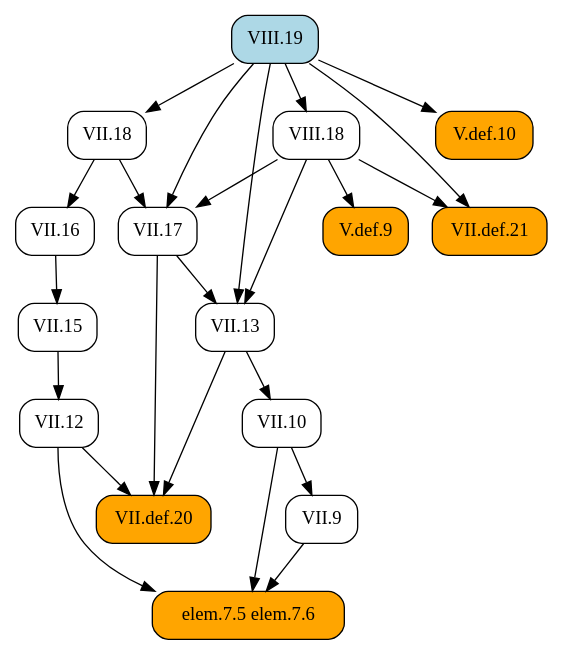
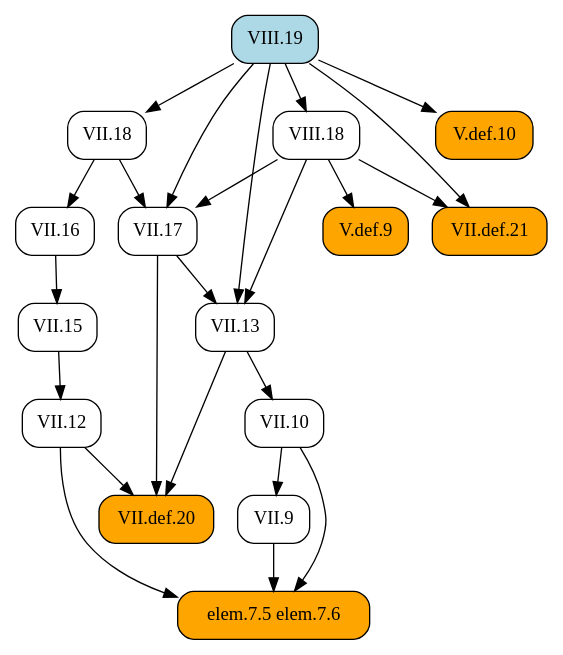
One commit to geometor/elements changed the diagram in docsrc/heath/VIII/19/index.rst. Above: the diagram before and after it, drawn with Graphviz. The commit also changed other lines of this file and 484 other files, not shown here.

```diff
--- a/docsrc/heath/VIII/19/index.rst
+++ b/docsrc/heath/VIII/19/index.rst
@@ -98,44 +98,44 @@
 .. graphviz::
 
    digraph {
      rankdir="TB";
      node [shape=box, style=rounded];
+     "VII.13" [URL="/heath/VII/13/", target="_top"];
+     "VIII.18" [URL="/heath/VIII/18/", target="_top"];
+     "VII.12" [URL="/heath/VII/12/", target="_top"];
      "elem.7.5 elem.7.6" [style="rounded,filled", fillcolor=orange];
+     "VII.9" [URL="/heath/VII/9/", target="_top"];
      "V.def.9" [style="rounded,filled", fillcolor=orange, URL="/heath/V/def.9/", target="_top"];
+     "VII.18" [URL="/heath/VII/18/", target="_top"];
+     "VII.def.20" [style="rounded,filled", fillcolor=orange, URL="/heath/VII/def.20/", target="_top"];
+     "VII.16" [URL="/heath/VII/16/", target="_top"];
+     "VIII.19" [style="rounded,filled", fillcolor=lightblue, URL="/heath/VIII/19/", target="_top"];
+     "VII.17" [URL="/heath/VII/17/", target="_top"];
      "VII.def.21" [style="rounded,filled", fillcolor=orange, URL="/heath/VII/def.21/", target="_top"];
-     "VIII.18" [URL="/heath/VIII/18/", target="_top"];
+     "V.def.10" [style="rounded,filled", fillcolor=orange, URL="/heath/V/def.10/", target="_top"];
+     "VII.15" [URL="/heath/VII/15/", target="_top"];
      "VII.10" [URL="/heath/VII/10/", target="_top"];
-     "VIII.19" [style="rounded,filled", fillcolor=lightblue, URL="/heath/VIII/19/", target="_top"];
-     "V.def.10" [style="rounded,filled", fillcolor=orange, URL="/heath/V/def.10/", target="_top"];
-     "VII.9" [URL="/heath/VII/9/", target="_top"];
-     "VII.18" [URL="/heath/VII/18/", target="_top"];
-     "VII.13" [URL="/heath/VII/13/", target="_top"];
-     "VII.16" [URL="/heath/VII/16/", target="_top"];
-     "VII.12" [URL="/heath/VII/12/", target="_top"];
-     "VII.15" [URL="/heath/VII/15/", target="_top"];
-     "VII.def.20" [style="rounded,filled", fillcolor=orange, URL="/heath/VII/def.20/", target="_top"];
-     "VII.17" [URL="/heath/VII/17/", target="_top"];
+     "VII.17" -> "VII.13";
+     "VIII.18" -> "VII.13";
+     "VIII.19" -> "VII.13";
+     "VIII.19" -> "VIII.18";
+     "VII.15" -> "VII.12";
      "VII.9" -> "elem.7.5 elem.7.6";
      "VII.10" -> "elem.7.5 elem.7.6";
      "VII.12" -> "elem.7.5 elem.7.6";
+     "VII.10" -> "VII.9";
      "VIII.18" -> "V.def.9";
-     "VIII.18" -> "VII.def.21";
-     "VIII.19" -> "VII.def.21";
-     "VIII.19" -> "VIII.18";
-     "VII.13" -> "VII.10";
-     "VIII.19" -> "V.def.10";
-     "VII.10" -> "VII.9";
      "VIII.19" -> "VII.18";
-     "VII.17" -> "VII.13";
-     "VIII.18" -> "VII.13";
-     "VIII.19" -> "VII.13";
-     "VII.18" -> "VII.16";
-     "VII.15" -> "VII.12";
-     "VII.16" -> "VII.15";
      "VII.12" -> "VII.def.20";
      "VII.13" -> "VII.def.20";
      "VII.17" -> "VII.def.20";
+     "VII.18" -> "VII.16";
      "VII.18" -> "VII.17";
      "VIII.18" -> "VII.17";
      "VIII.19" -> "VII.17";
+     "VIII.18" -> "VII.def.21";
+     "VIII.19" -> "VII.def.21";
+     "VIII.19" -> "V.def.10";
+     "VII.16" -> "VII.15";
+     "VII.13" -> "VII.10";
    }
```
